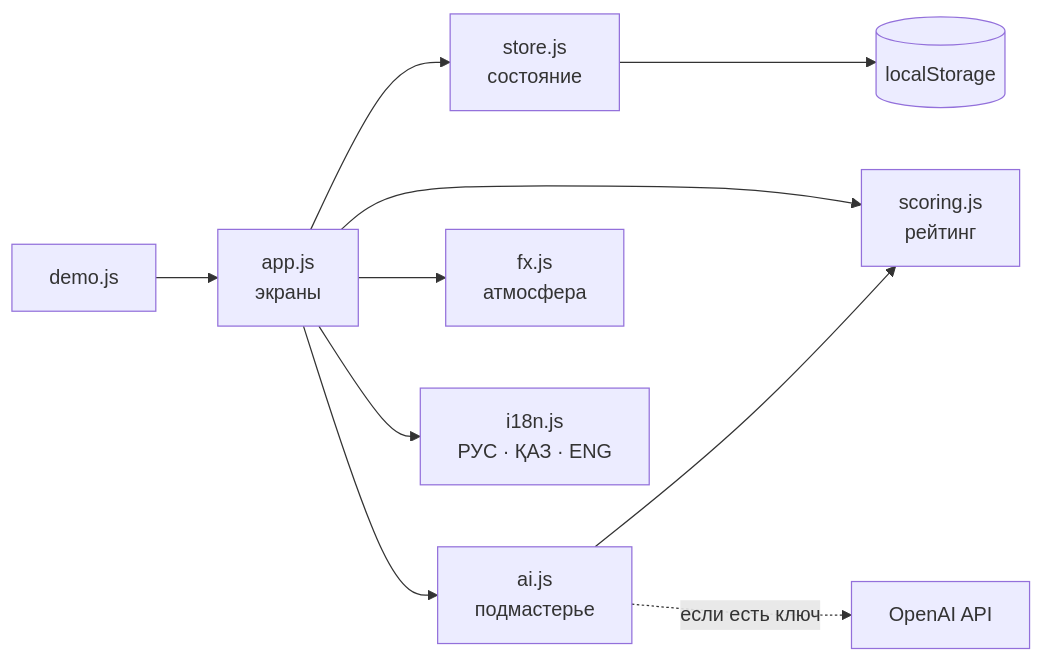
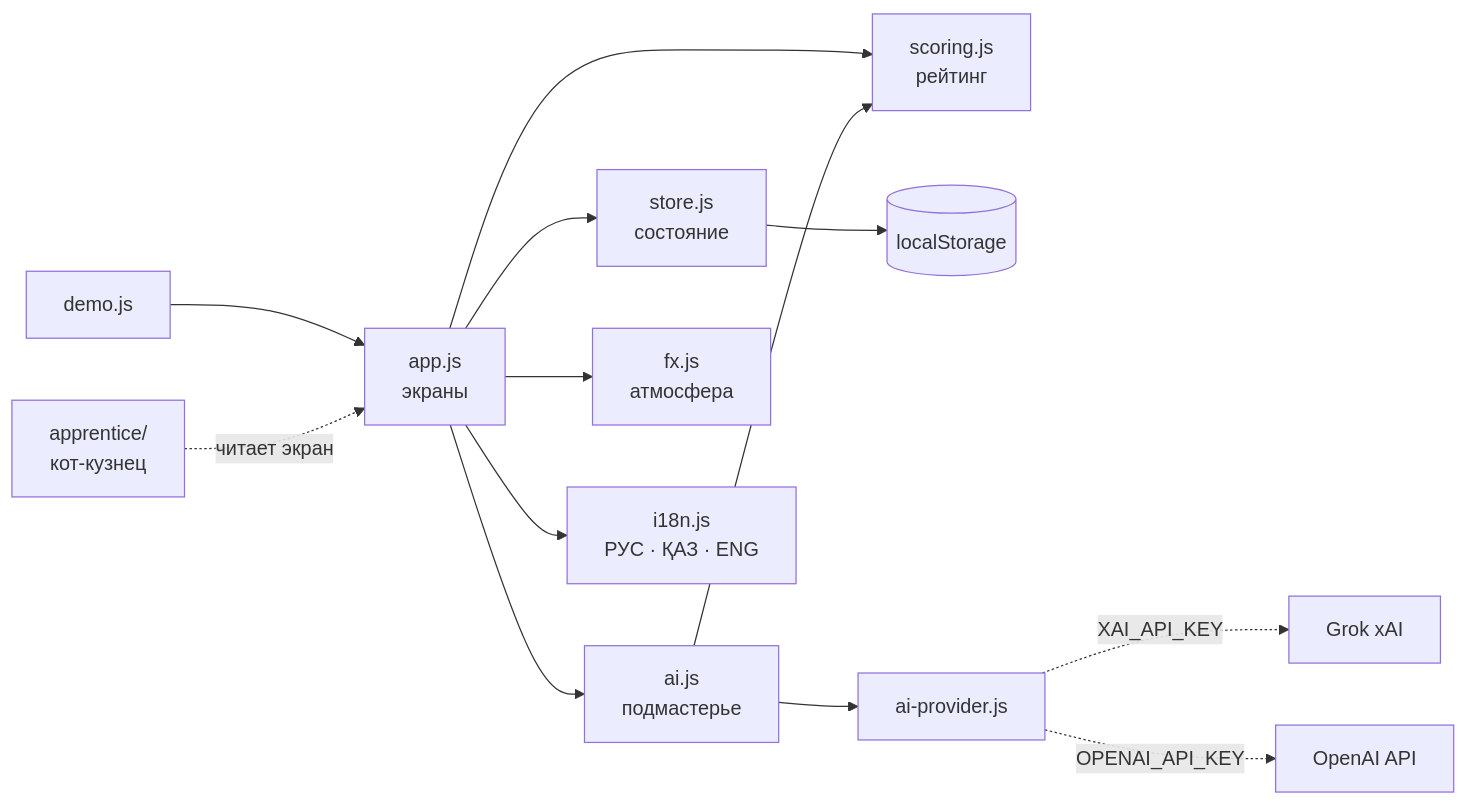
Before and after one commit to BAITC-Hacks/hack-e3809f66-jasai: the diagram in README.md, drawn with Mermaid. The commit also changed other lines of this file and 2 other files, not shown here.

````diff
--- a/README.md
+++ b/README.md
@@ -68,12 +72,15 @@
 ```mermaid
 flowchart LR
     UI[app.js<br/>экраны] --> Store[store.js<br/>состояние]
     UI --> Scoring[scoring.js<br/>рейтинг]
     UI --> AI[ai.js<br/>подмастерье]
     UI --> FX[fx.js<br/>атмосфера]
     UI --> I18N[i18n.js<br/>РУС · ҚАЗ · ENG]
     Demo[demo.js] --> UI
     Store --> LS[(localStorage)]
-    AI -.->|если есть ключ| OpenAI[OpenAI API]
+    AI --> Prov[ai-provider.js]
+    Prov -.->|XAI_API_KEY| Grok[Grok xAI]
+    Prov -.->|OPENAI_API_KEY| OpenAI[OpenAI API]
+    Cat[apprentice/<br/>кот-кузнец] -.->|читает экран| UI
     AI --> Scoring
 ```
````
